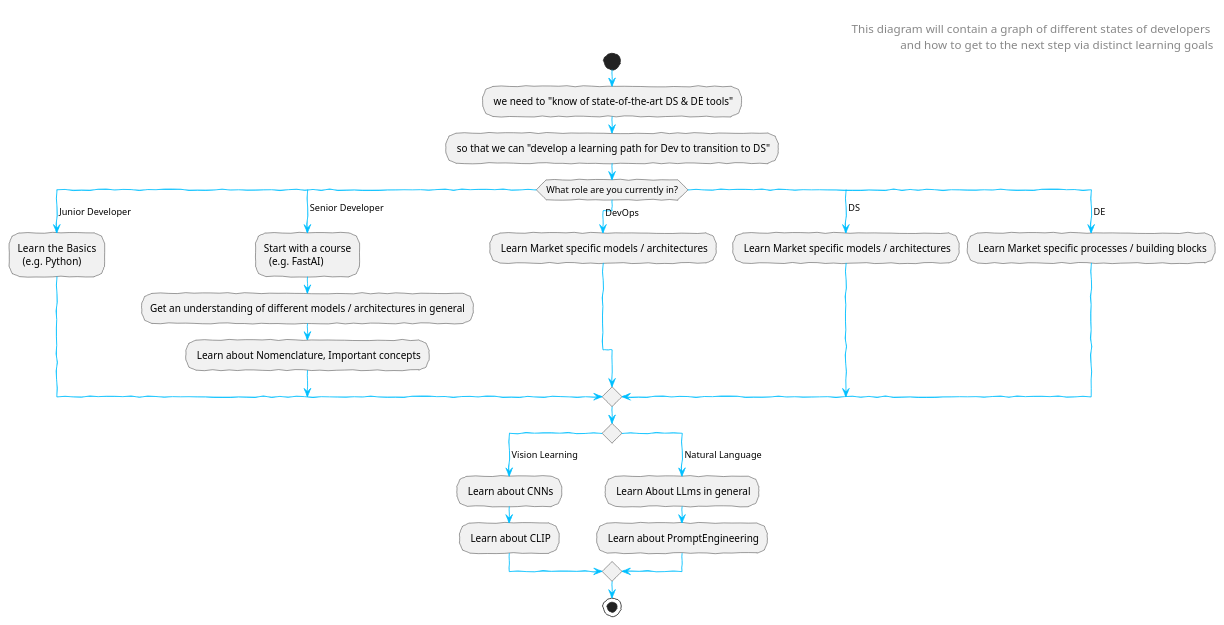
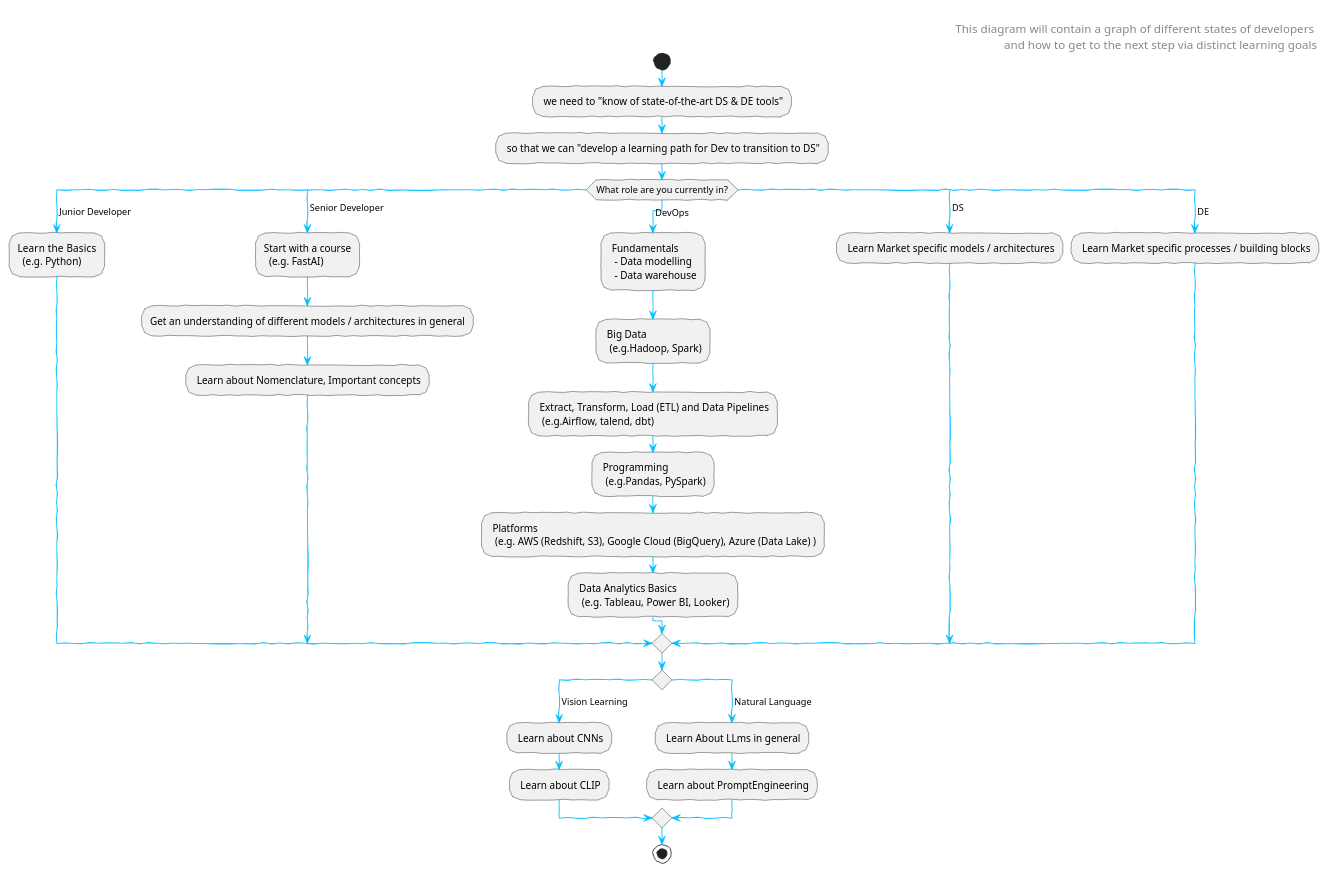
Before and after one commit to 7frank/ai-ui-playground: the diagram in src/content/docs/ai/Learning Goals/learning-path.puml, drawn with PlantUML. The commit also changed 1 other file, not shown here.

```diff
--- a/src/content/docs/ai/Learning Goals/learning-path.puml
+++ b/src/content/docs/ai/Learning Goals/learning-path.puml
@@ -1,68 +1,80 @@
 @startuml
 
 skinparam handwritten true
 
 skinparam sequence {
 ArrowColor DeepSkyBlue
 ActorBorderColor DeepSkyBlue
 LifeLineBorderColor blue
 LifeLineBackgroundColor #A9DCDF
 
 ParticipantBorderColor DodgerBlue
 ParticipantBackgroundColor DeepSkyBlue
 
 ParticipantFontColor #333
 
 ActorBackgroundColor aqua
 ActorFontColor DeepSkyBlue
 ActorFontSize 17
 ActorFontName Aapex
 }
 
 header
 
 <font  size=14>This diagram will contain a graph of different states of developers </font>
 <font  size=14>and how to get to the next step via distinct learning goals</font>
 endheader
 
 start
 
 : we need to "know of state-of-the-art DS & DE tools";
 : so that we can "develop a learning path for Dev to transition to DS";
 
 switch (What role are you currently in?)
 case ( Junior Developer )
   :Learn  the Basics 
     (e.g. Python);
 case ( Senior Developer ) 
   :Start with a course 
     (e.g. FastAI);
   :Get an understanding of different models / architectures in general;
   : Learn about Nomenclature, Important concepts;
 case ( DevOps )
-  : Learn Market specific models / architectures;  
+  : Fundamentals
+    - Data modelling
+    - Data warehouse;  
+  : Big Data
+    (e.g.Hadoop, Spark);
+  : Extract, Transform, Load (ETL) and Data Pipelines
+    (e.g.Airflow, talend, dbt);
+  : Programming
+    (e.g.Pandas, PySpark); 
+  : Platforms
+    (e.g. AWS (Redshift, S3), Google Cloud (BigQuery), Azure (Data Lake) );
+  : Data Analytics Basics
+    (e.g. Tableau, Power BI, Looker);
 case ( DS )
   : Learn Market specific models / architectures;
 case ( DE )
   : Learn Market specific processes / building blocks;
 endswitch
 
 switch ()
 case ( Vision Learning )
   : Learn about CNNs;
   : Learn about CLIP;
 case ( Natural Language ) 
   : Learn About LLms in general;
   : Learn about PromptEngineering;
 endswitch
 
 
 
 
 
 
 
 
 stop
 
 @enduml
```
